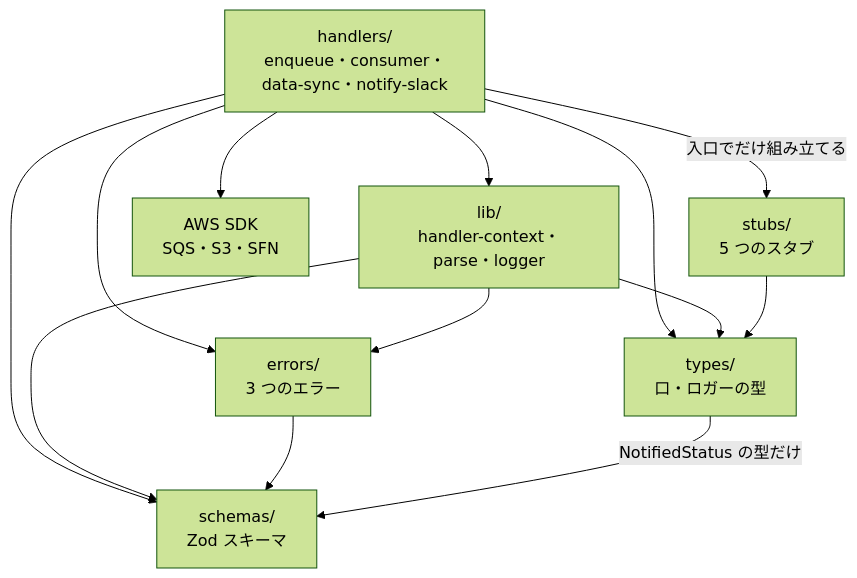
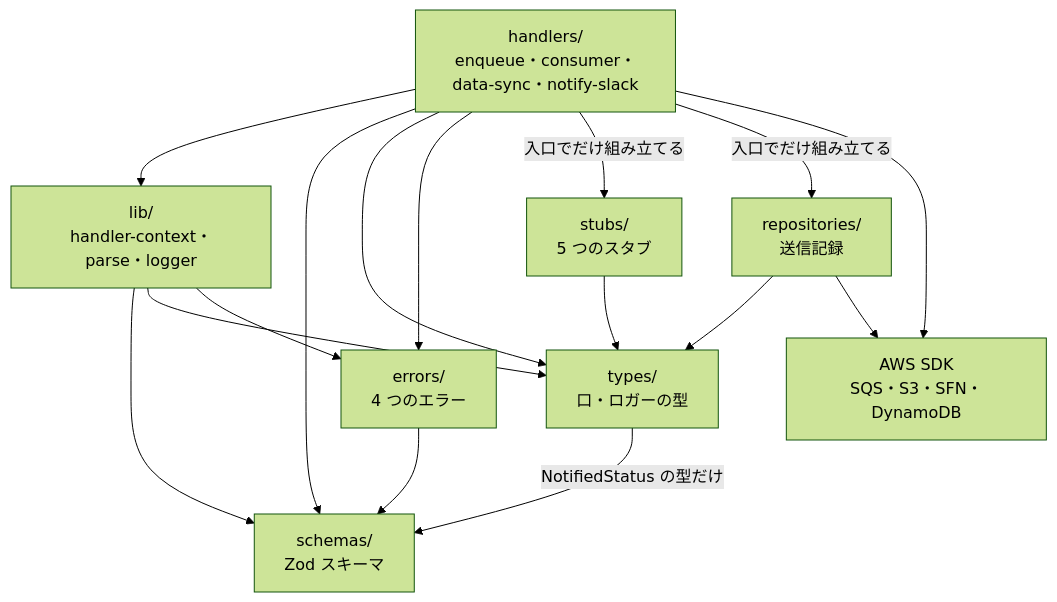
One commit to kojikawazu/serverless-practice-app changed the diagram in docs/code-reading/functions/03-modules.md. Above: the diagram before and after it, drawn with Mermaid (forest theme). The commit also changed other lines of this file and 46 other files, not shown here.

````diff
--- a/docs/code-reading/functions/03-modules.md
+++ b/docs/code-reading/functions/03-modules.md
@@ -60,22 +64,26 @@
 ```mermaid
 flowchart TD
     H["handlers/<br/>enqueue・consumer・data-sync・notify-slack"]
     L["lib/<br/>handler-context・parse・logger"]
     SC["schemas/<br/>Zod スキーマ"]
     T["types/<br/>口・ロガーの型"]
-    E["errors/<br/>3 つのエラー"]
+    E["errors/<br/>4 つのエラー"]
     ST["stubs/<br/>5 つのスタブ"]
-    SDK["AWS SDK<br/>SQS・S3・SFN"]
+    RP["repositories/<br/>送信記録"]
+    SDK["AWS SDK<br/>SQS・S3・SFN・DynamoDB"]
     H --> L
     H --> SC
     H --> T
     H --> E
     H -->|"入口でだけ組み立てる"| ST
+    H -->|"入口でだけ組み立てる"| RP
     H --> SDK
+    RP --> T
+    RP --> SDK
     L --> SC
     L --> T
     L --> E
     E --> SC
     ST --> T
     T -->|"NotifiedStatus の型だけ"| SC
 ```
````
